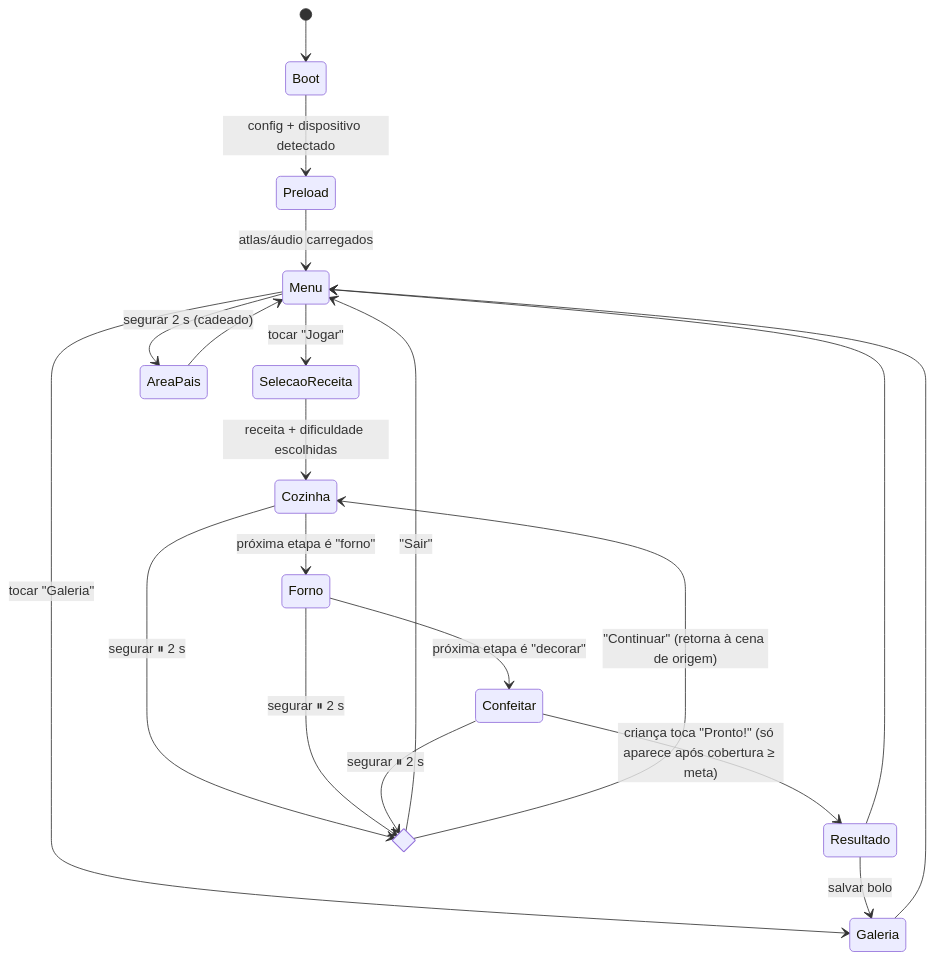
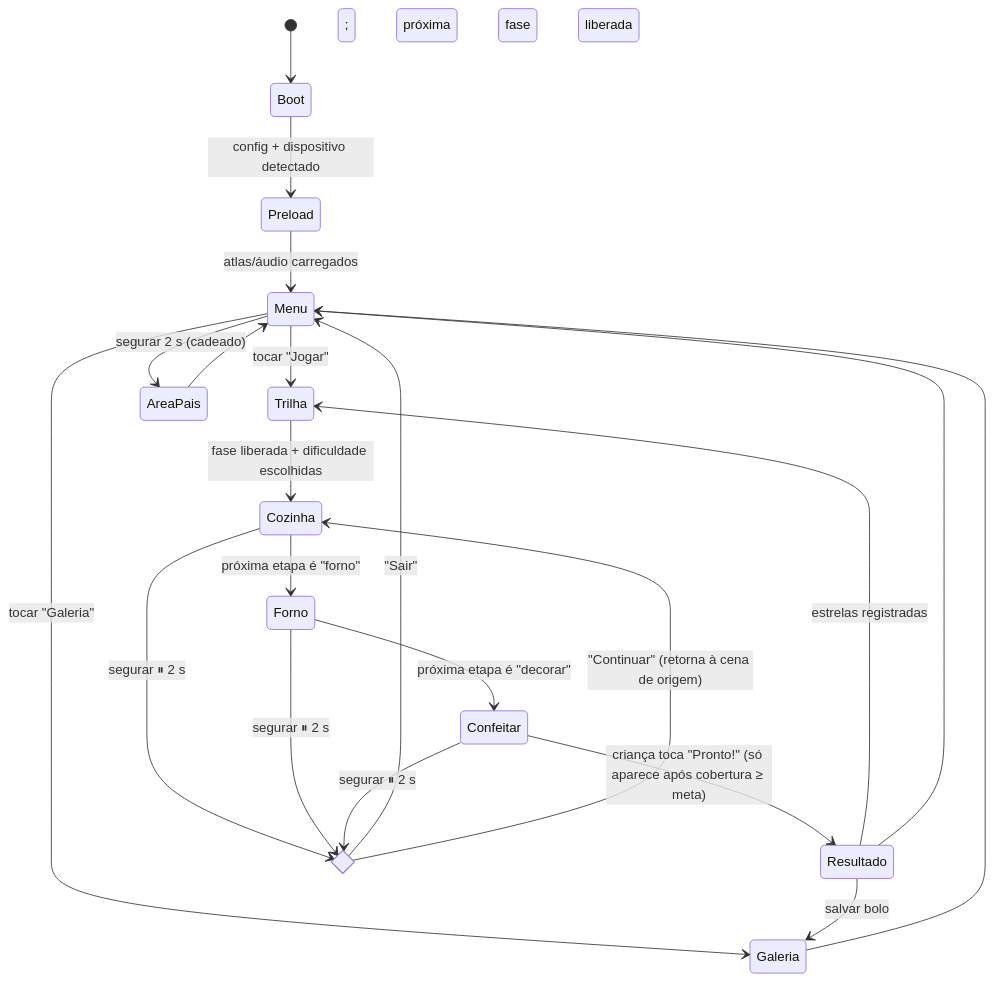
The first of 2 diagrams in meu-bolinho/docs/ARQUITETURA.md (bravoon/NEXUS-SANOA), drawn with Mermaid before and after one commit. The commit also changed other lines of this file and 48 other files, not shown here.

First line of the commit message:
Meu Bolinho: trilha de 8 fases com estrelas e 3 mecânicas novas

````diff
--- a/meu-bolinho/docs/ARQUITETURA.md
+++ b/meu-bolinho/docs/ARQUITETURA.md
@@ -70,24 +70,25 @@
 ```mermaid
 stateDiagram-v2
     [*] --> Boot
     Boot --> Preload : config + dispositivo detectado
     Preload --> Menu : atlas/áudio carregados
-    Menu --> SelecaoReceita : tocar "Jogar"
+    Menu --> Trilha : tocar "Jogar"
     Menu --> Galeria : tocar "Galeria"
     Menu --> AreaPais : segurar 2 s (cadeado)
     AreaPais --> Menu
-    SelecaoReceita --> Cozinha : receita + dificuldade escolhidas
+    Trilha --> Cozinha : fase liberada + dificuldade escolhidas
     Cozinha --> Forno : próxima etapa é "forno"
     Forno --> Confeitar : próxima etapa é "decorar"
     Confeitar --> Resultado : criança toca "Pronto!" (só aparece após cobertura ≥ meta)
     Resultado --> Galeria : salvar bolo
+    Resultado --> Trilha : estrelas registradas; próxima fase liberada
     Resultado --> Menu
     Galeria --> Menu
 
     state Pausa <<choice>>
     Cozinha --> Pausa : segurar ⏸ 2 s
     Forno --> Pausa : segurar ⏸ 2 s
     Confeitar --> Pausa : segurar ⏸ 2 s
     Pausa --> Menu : "Sair"
     Pausa --> Cozinha : "Continuar" (retorna à cena de origem)
 ```
````
